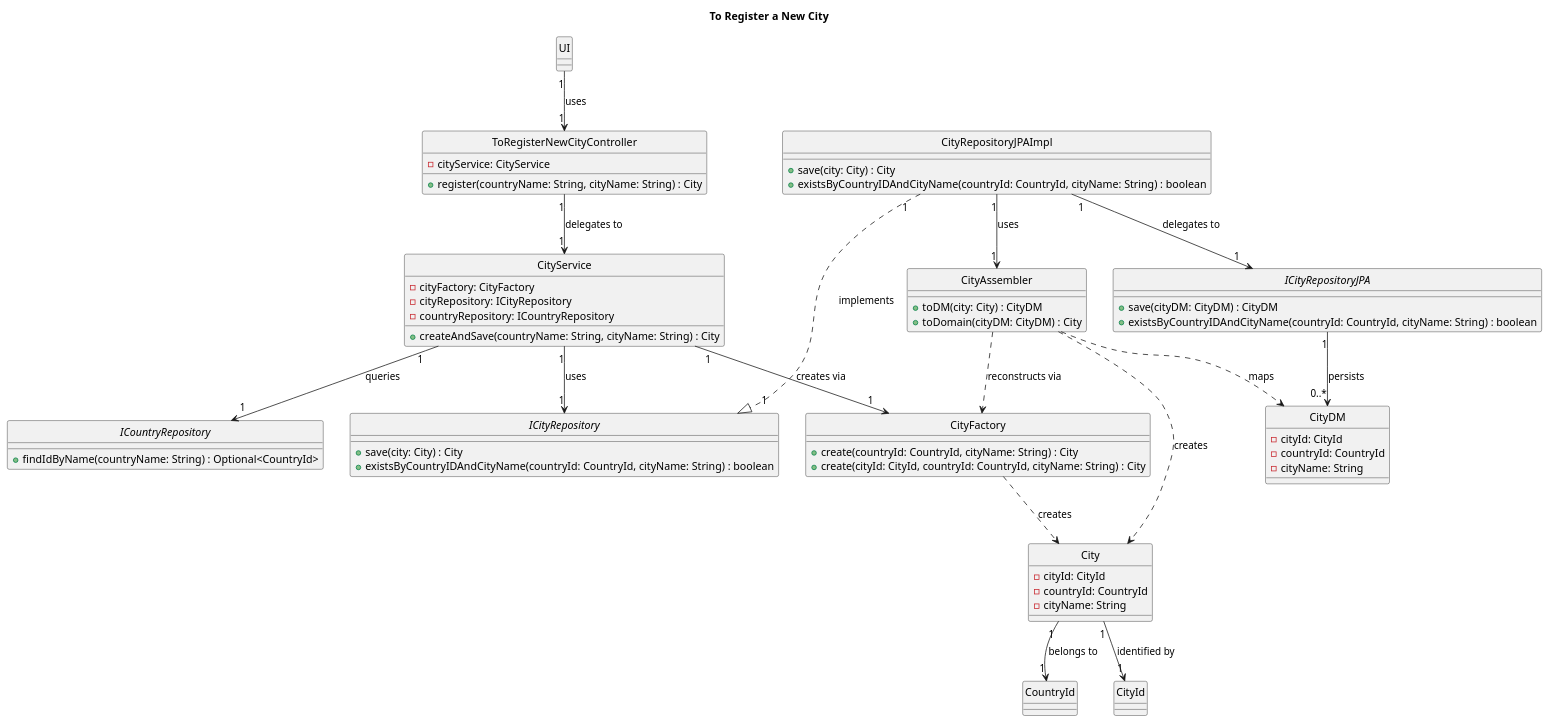
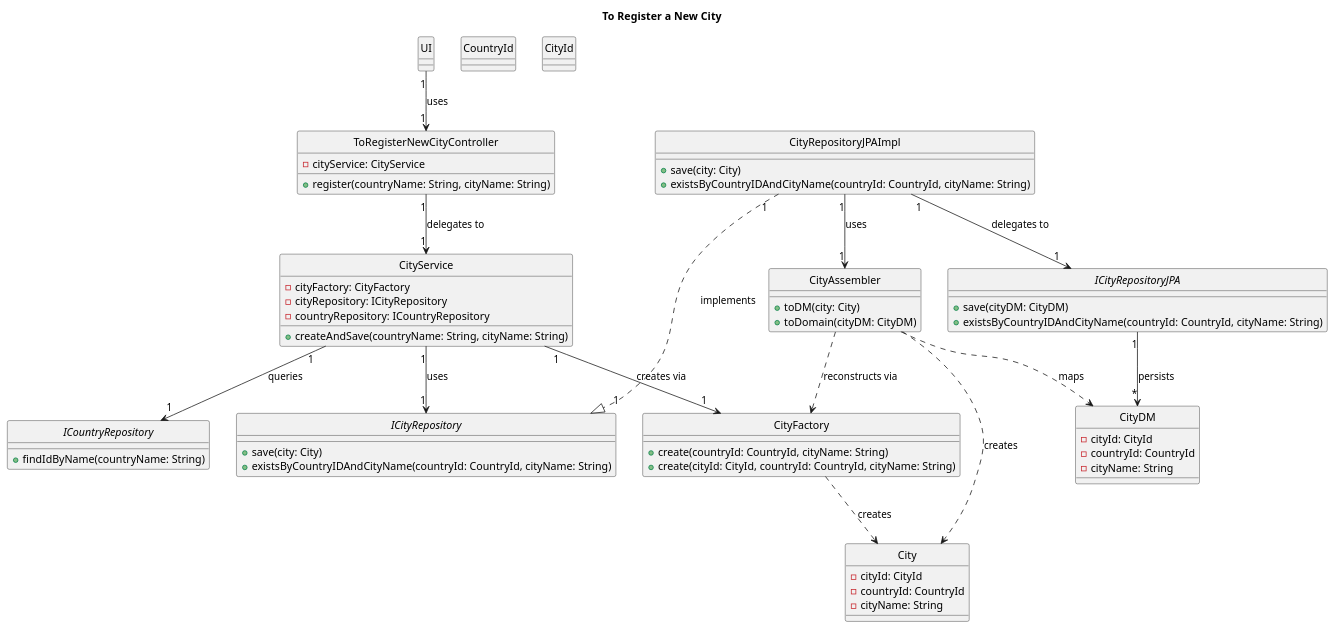
Before and after one commit to AndrePereiraGitH/SWitCH-Project-Team_A: the diagram in Diagrams/ClassDiagrams/To-register-new-city-in-the-system.puml, drawn with PlantUML. The commit also changed 1 other file, not shown here.

```diff
--- a/Diagrams/ClassDiagrams/To-register-new-city-in-the-system.puml
+++ b/Diagrams/ClassDiagrams/To-register-new-city-in-the-system.puml
@@ -1,92 +1,88 @@
 @startuml
 hide circle
 title To Register a New City
 
 class UI
 
 class ToRegisterNewCityController {
   -cityService: CityService
-  +register(countryName: String, cityName: String) : City
+  +register(countryName: String, cityName: String)
 }
 
 class CityService {
   -cityFactory: CityFactory
   -cityRepository: ICityRepository
   -countryRepository: ICountryRepository
-  +createAndSave(countryName: String, cityName: String) : City
+  +createAndSave(countryName: String, cityName: String)
 }
 
 class City {
   -cityId: CityId
   -countryId: CountryId
   -cityName: String
 }
 
 class CountryId
 class CityId
 
 class CityFactory {
-  +create(countryId: CountryId, cityName: String) : City
-  +create(cityId: CityId, countryId: CountryId, cityName: String) : City
+  +create(countryId: CountryId, cityName: String)
+  +create(cityId: CityId, countryId: CountryId, cityName: String)
 }
 
 interface ICityRepository {
-  +save(city: City) : City
-  +existsByCountryIDAndCityName(countryId: CountryId, cityName: String) : boolean
+  +save(city: City)
+  +existsByCountryIDAndCityName(countryId: CountryId, cityName: String)
 }
 
 interface ICountryRepository {
-  +findIdByName(countryName: String) : Optional<CountryId>
+  +findIdByName(countryName: String)
 }
 
 class CityRepositoryJPAImpl {
-  +save(city: City) : City
-  +existsByCountryIDAndCityName(countryId: CountryId, cityName: String) : boolean
+  +save(city: City)
+  +existsByCountryIDAndCityName(countryId: CountryId, cityName: String)
 }
 
 interface ICityRepositoryJPA {
-  +save(cityDM: CityDM) : CityDM
-  +existsByCountryIDAndCityName(countryId: CountryId, cityName: String) : boolean
+  +save(cityDM: CityDM)
+  +existsByCountryIDAndCityName(countryId: CountryId, cityName: String)
 }
 
 class CityAssembler {
-  +toDM(city: City) : CityDM
-  +toDomain(cityDM: CityDM) : City
+  +toDM(city: City)
+  +toDomain(cityDM: CityDM)
 }
 
 class CityDM {
   -cityId: CityId
   -countryId: CountryId
   -cityName: String
 }
 
-' =====================
-' Relationships + Verbs
-' =====================
+' ==============
+' Relationships
+' ==============
 
 UI "1" --> "1" ToRegisterNewCityController : uses
 
 ToRegisterNewCityController "1" --> "1" CityService : delegates to
 
 CityService "1" --> "1" ICityRepository : uses
 CityService "1" --> "1" ICountryRepository : queries
 CityService "1" --> "1" CityFactory : creates via
 
 CityRepositoryJPAImpl "1" ..|> "1" ICityRepository : implements
 CityRepositoryJPAImpl "1" --> "1" ICityRepositoryJPA : delegates to
 CityRepositoryJPAImpl "1" --> "1" CityAssembler : uses
 
-ICityRepositoryJPA "1" --> "0..*" CityDM : persists
+ICityRepositoryJPA "1" --> "*" CityDM : persists
 
 ' Dependency relationships
 CityAssembler ..> CityFactory : reconstructs via
 CityAssembler ..> City : creates
 CityAssembler ..> CityDM : maps
 
-' Missing relationship
 CityFactory ..> City : creates
 
-City "1" --> "1" CountryId : belongs to
-City "1" --> "1" CityId : identified by
-
 @enduml
```
